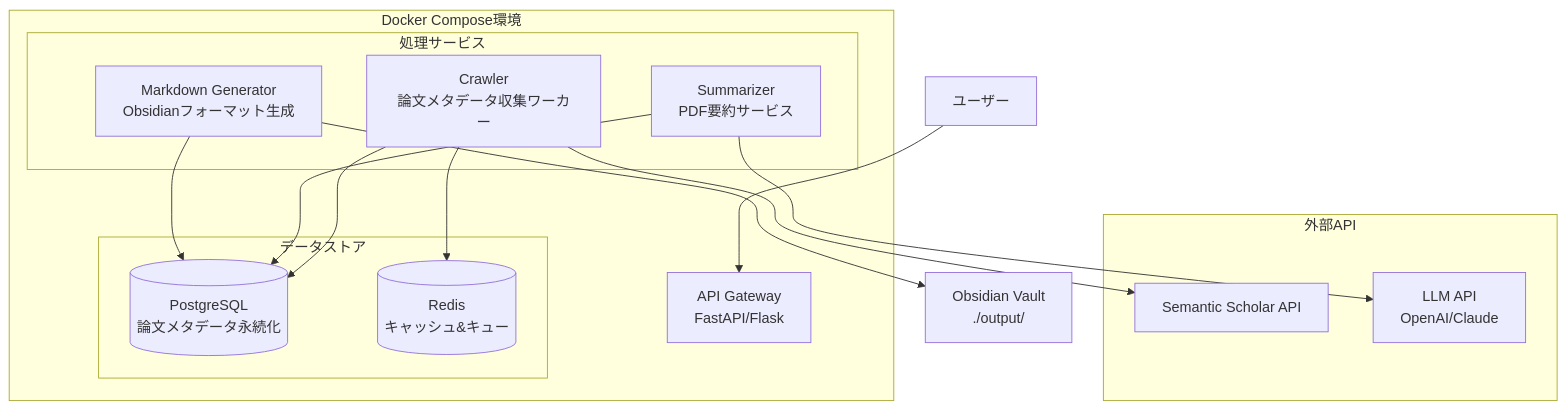
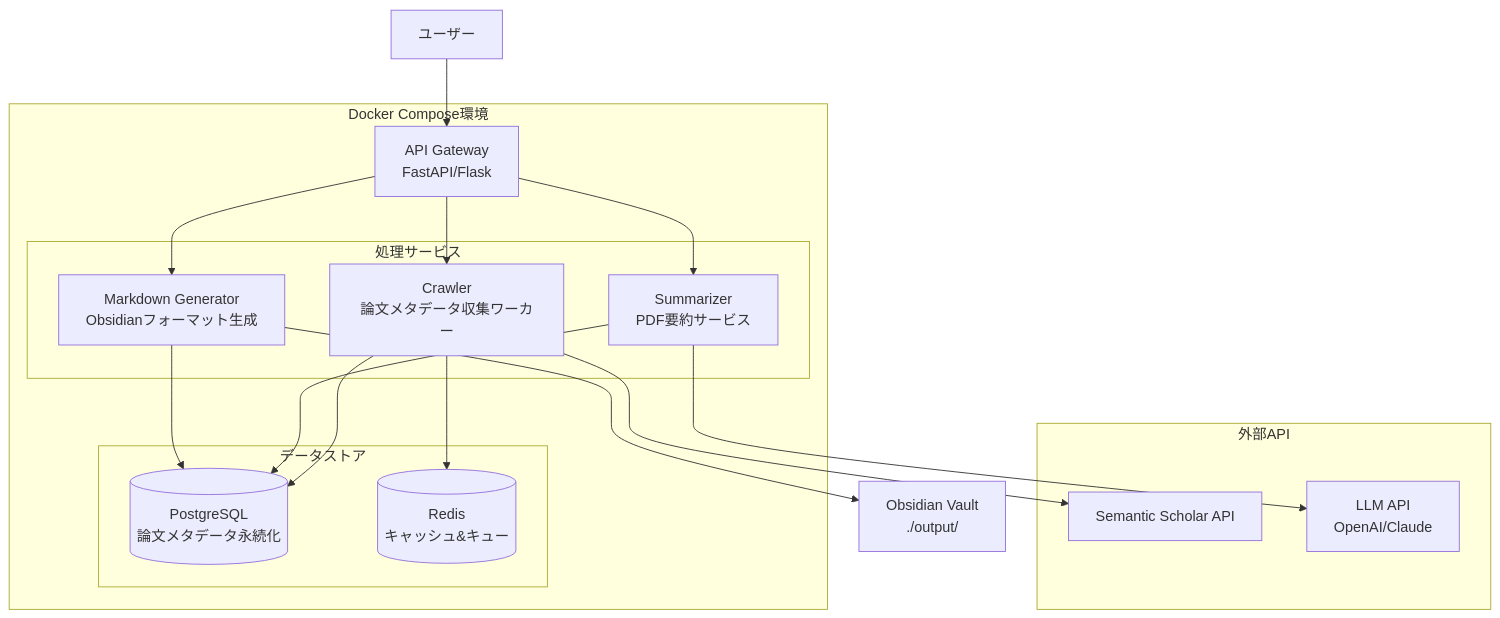
The first of 5 diagrams in docs/design/architecture.md (tsuji-tomonori/ref-net), drawn with Mermaid before and after one commit.

Commit message:
fix(design): Docker構成図の接続線を整理
- API Gateway → 処理サービスの線を追加
- 処理サービス → データストア・外部API・Obsidian Vaultの線を整理
- コメントを分かりやすく調整し、接続関係を明確化

🤖 Generated with [Claude Code](https://claude.ai/code)

````diff
--- a/docs/design/architecture.md
+++ b/docs/design/architecture.md
@@ -7,49 +7,54 @@
 ```mermaid
 graph TB
     %% ユーザー
     User[ユーザー]
 
     %% 外部API
     subgraph "外部API"
         SemanticAPI[Semantic Scholar API]
         LLMAPI[LLM API<br/>OpenAI/Claude]
     end
 
     %% Docker Compose環境
     subgraph "Docker Compose環境"
         %% API Gateway
         API[API Gateway<br/>FastAPI/Flask]
 
         %% 処理サービス
         subgraph "処理サービス"
             Crawler[Crawler<br/>論文メタデータ収集ワーカー]
             Summarizer[Summarizer<br/>PDF要約サービス]
             Generator[Markdown Generator<br/>Obsidianフォーマット生成]
         end
 
         %% データストア
         subgraph "データストア"
             PostgreSQL[(PostgreSQL<br/>論文メタデータ永続化)]
             Redis[(Redis<br/>キャッシュ&キュー)]
         end
     end
 
     %% 出力
     Obsidian[Obsidian Vault<br/>./output/]
 
-    %% 接続関係（ユーザーからAPIのみ）
+    %% ユーザー → API Gateway
     User --> API
 
-    %% 処理サービス → データストア・キュー
+    %% API Gateway → 処理サービス
+    API --> Crawler
+    API --> Summarizer
+    API --> Generator
+
+    %% 処理サービス → データストア
     Crawler --> PostgreSQL
     Crawler --> Redis
     Summarizer --> PostgreSQL
     Generator --> PostgreSQL
 
     %% 処理サービス → 外部API
     Crawler --> SemanticAPI
     Summarizer --> LLMAPI
 
     %% 処理サービス → 出力
     Generator --> Obsidian
 ```
````
